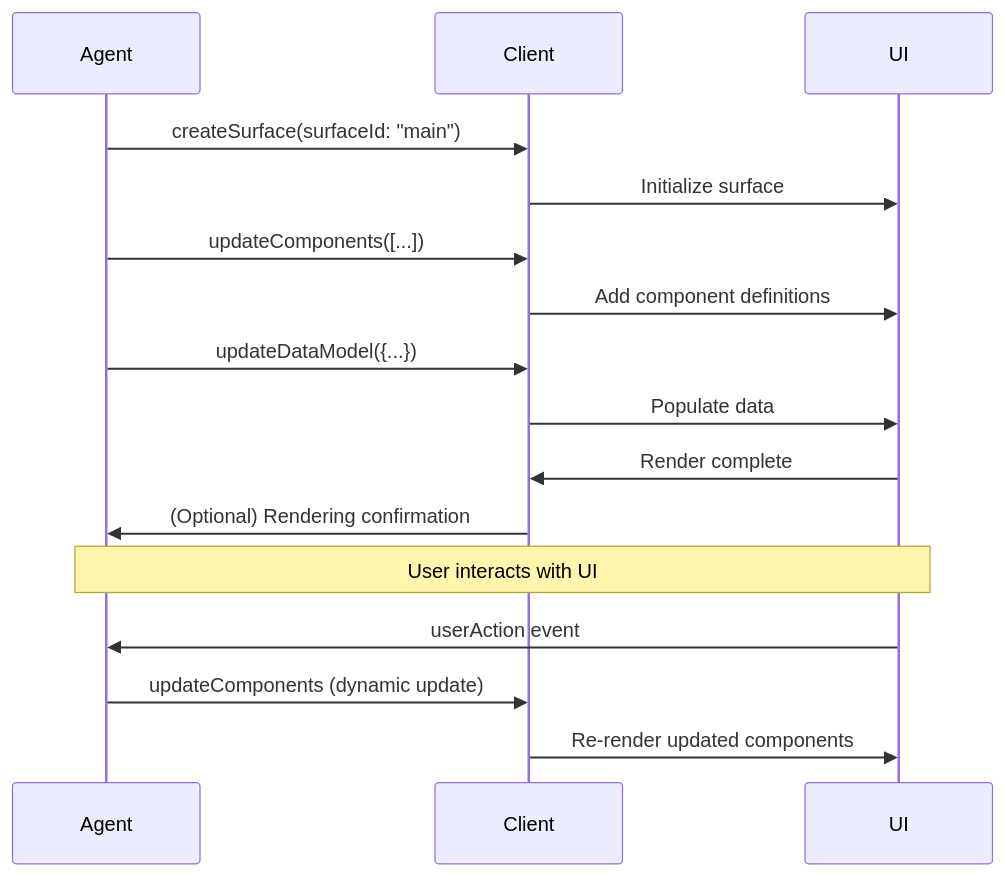
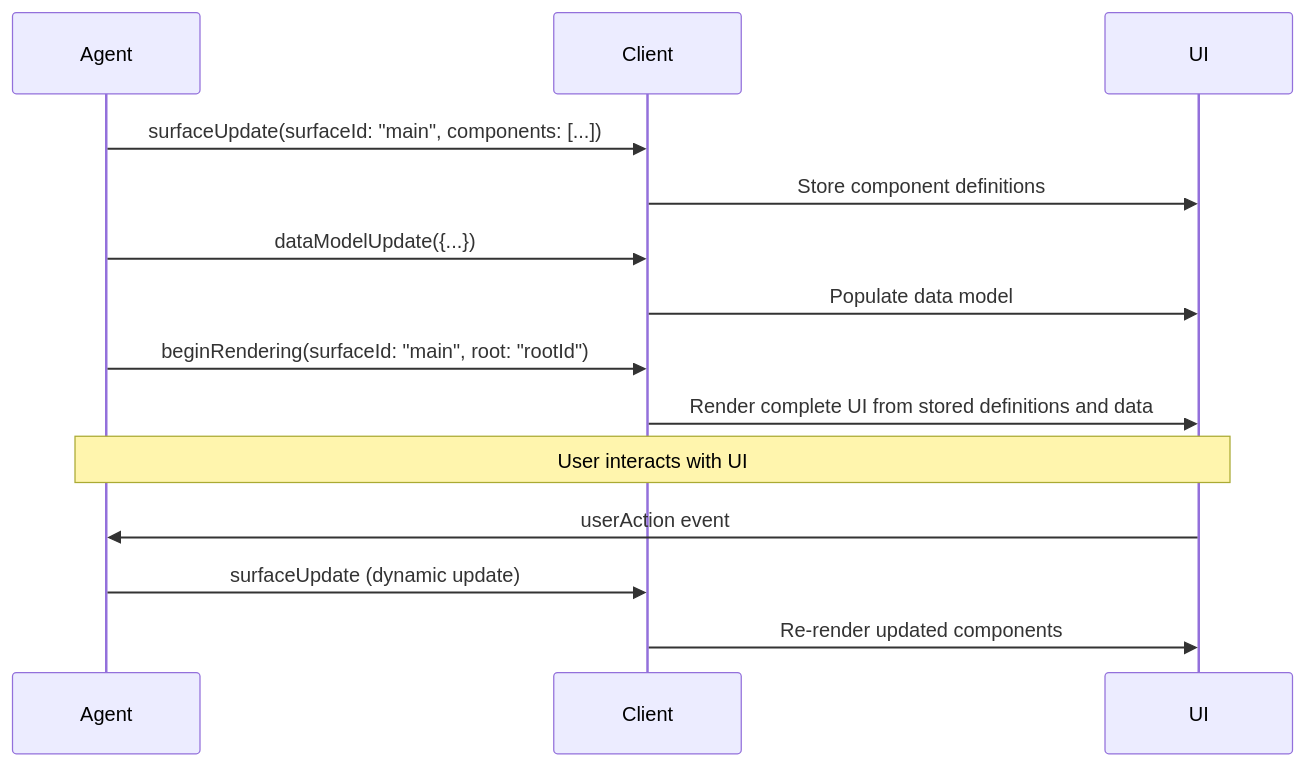
Before and after one commit to google/A2UI: the diagram in docs/concepts/overview.md, drawn with Mermaid. The commit also changed other lines of this file and 12 other files, not shown here.

````diff
--- a/docs/concepts/overview.md
+++ b/docs/concepts/overview.md
@@ -130,24 +131,21 @@
 ```mermaid
 sequenceDiagram
     participant Agent
     participant Client
     participant UI
 
-    Agent->>Client: createSurface(surfaceId: "main")
-    Client->>UI: Initialize surface
+    Agent->>Client: surfaceUpdate(surfaceId: "main", components: [...])
+    Client->>UI: Store component definitions
 
-    Agent->>Client: updateComponents([...])
-    Client->>UI: Add component definitions
+    Agent->>Client: dataModelUpdate({...})
+    Client->>UI: Populate data model
 
-    Agent->>Client: updateDataModel({...})
-    Client->>UI: Populate data
-
-    UI->>Client: Render complete
-    Client->>Agent: (Optional) Rendering confirmation
+    Agent->>Client: beginRendering(surfaceId: "main", root: "rootId")
+    Client->>UI: Render complete UI from stored definitions and data
 
     Note over Agent,UI: User interacts with UI
 
     UI->>Agent: userAction event
-    Agent->>Client: updateComponents (dynamic update)
+    Agent->>Client: surfaceUpdate (dynamic update)
     Client->>UI: Re-render updated components
 ```
````
